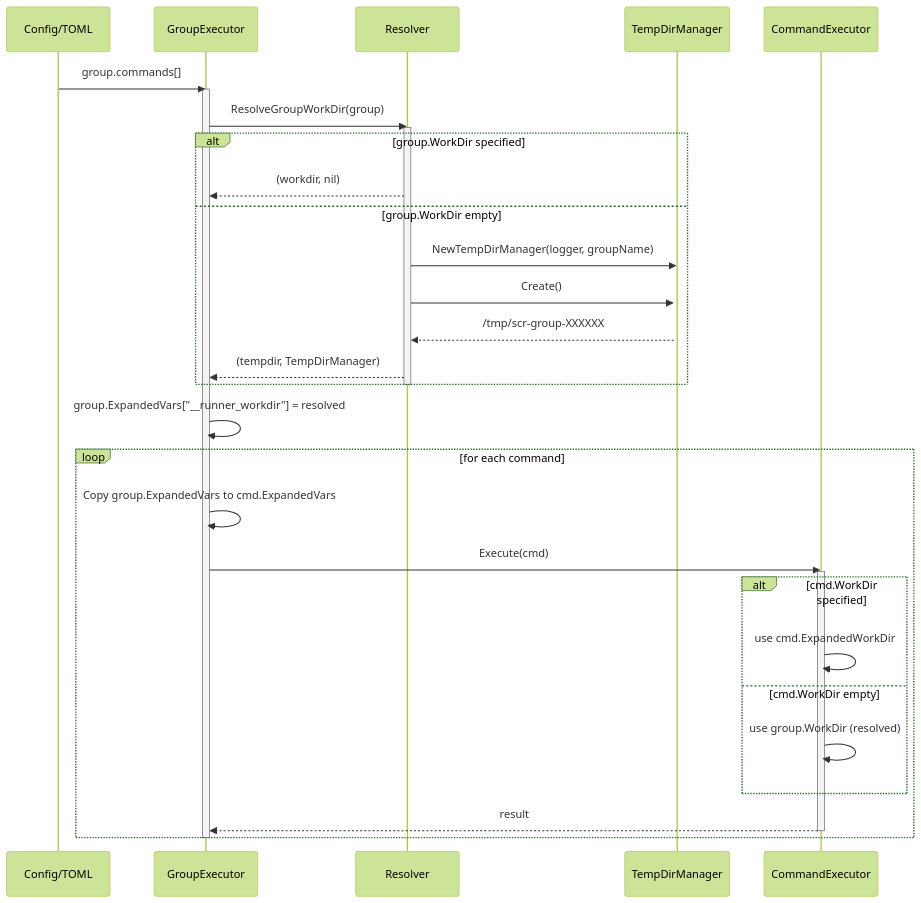
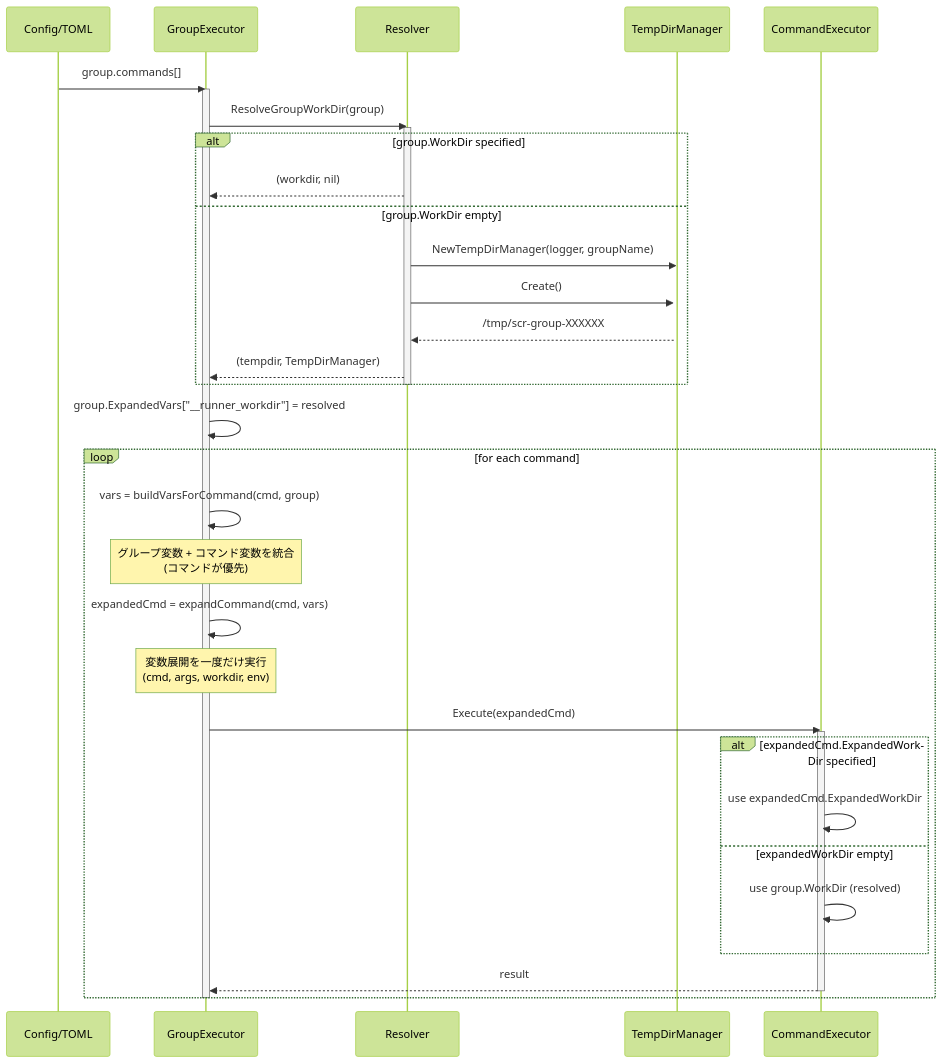
The eighth of 11 diagrams in docs/tasks/0034_workdir_redesign/02_architecture.md (isseis/go-safe-cmd-runner), drawn with Mermaid (forest theme) before and after one commit. The commit also changed other lines of this file and 2 other files, not shown here.

First line of the commit message:
Implement workdir redesign: delayed variable expansion and dry-run tempdir support

````diff
--- a/docs/tasks/0034_workdir_redesign/02_architecture.md
+++ b/docs/tasks/0034_workdir_redesign/02_architecture.md
@@ -522,44 +543,49 @@
 ```mermaid
 sequenceDiagram
     participant Config as Config/TOML
     participant GE as GroupExecutor
     participant Resolve as Resolver
     participant TDM as TempDirManager
     participant CE as CommandExecutor
 
     Config->>GE: group.commands[]
     activate GE
 
     GE->>Resolve: ResolveGroupWorkDir(group)
     activate Resolve
 
     alt group.WorkDir specified
         Resolve-->>GE: (workdir, nil)
     else group.WorkDir empty
         Resolve->>TDM: NewTempDirManager(logger, groupName)
         activate TDM
         Resolve->>TDM: Create()
         TDM-->>Resolve: /tmp/scr-group-XXXXXX
         Resolve-->>GE: (tempdir, TempDirManager)
     end
     deactivate Resolve
 
     GE->>GE: group.ExpandedVars["__runner_workdir"] = resolved
 
     loop for each command
-        GE->>GE: Copy group.ExpandedVars to cmd.ExpandedVars
-        GE->>CE: Execute(cmd)
+        GE->>GE: vars = buildVarsForCommand(cmd, group)
+        Note over GE: グループ変数 + コマンド変数を統合<br/>(コマンドが優先)
+
+        GE->>GE: expandedCmd = expandCommand(cmd, vars)
+        Note over GE: 変数展開を一度だけ実行<br/>(cmd, args, workdir, env)
+
+        GE->>CE: Execute(expandedCmd)
         activate CE
 
-        alt cmd.WorkDir specified
-            CE->>CE: use cmd.ExpandedWorkDir
-        else cmd.WorkDir empty
+        alt expandedCmd.ExpandedWorkDir specified
+            CE->>CE: use expandedCmd.ExpandedWorkDir
+        else expandedWorkDir empty
             CE->>CE: use group.WorkDir (resolved)
         end
 
         CE-->>GE: result
         deactivate CE
     end
 
     deactivate GE
 ```
````
